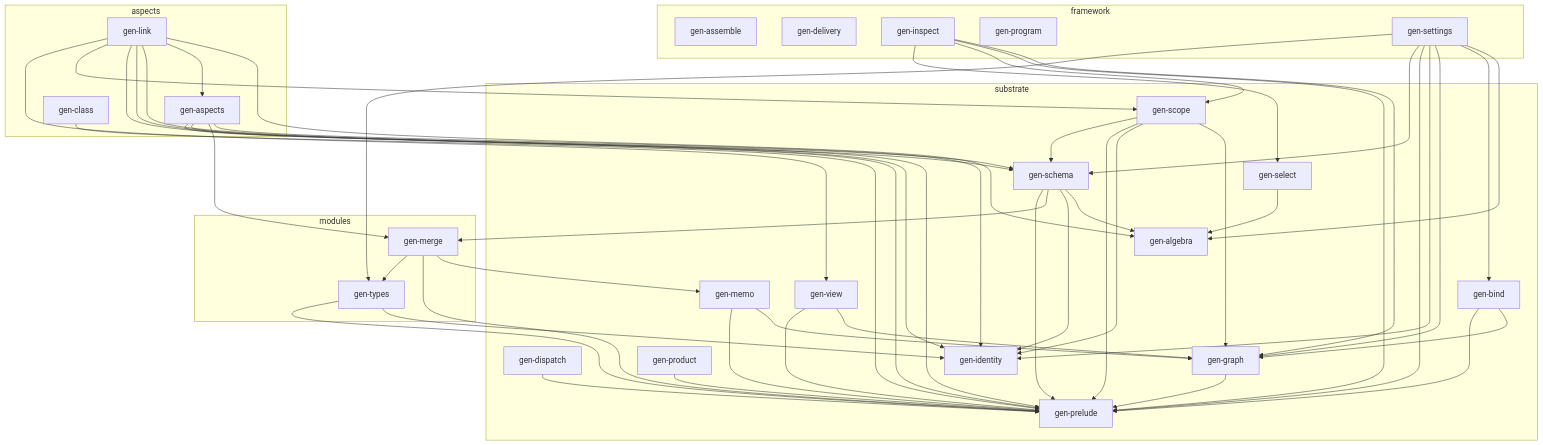
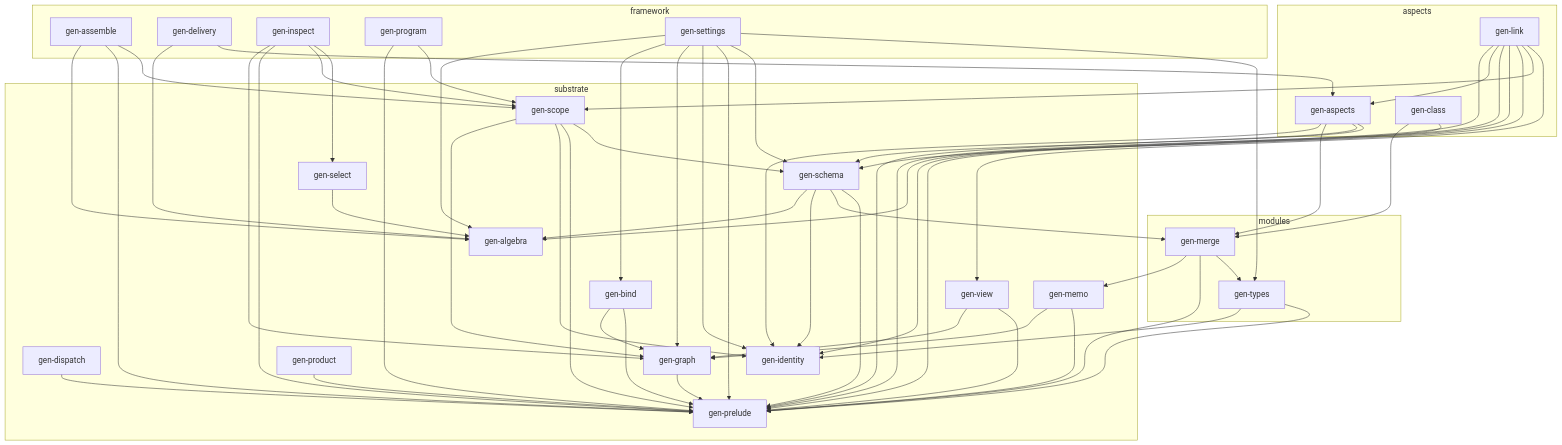
Before and after one commit to sini/gen: the first of 4 diagrams in ARCHITECTURE.md, drawn with Mermaid. The commit also changed 2 other files, not shown here.

Commit message:
relock: full update on both locks, catch up the library graph
nix flake update on the root and ci locks (gen-merge f9933e4f -> 8daa25de
among ~20 moved nodes) surfaces eight declared root-input edges from the
Arm A landings (gen-assemble, gen-delivery, gen-program, gen-class) that
the ARCHITECTURE.md diagram had not caught up to. Add them so
architecture-library-graph reads the roster's actual declarations again.

```diff
--- a/ARCHITECTURE.md
+++ b/ARCHITECTURE.md
@@ -74,9 +74,15 @@
   gen_aspects --> gen_merge
   gen_aspects --> gen_prelude
   gen_aspects --> gen_schema
+  gen_assemble --> gen_algebra
+  gen_assemble --> gen_prelude
+  gen_assemble --> gen_scope
   gen_bind --> gen_graph
   gen_bind --> gen_prelude
+  gen_class --> gen_merge
   gen_class --> gen_prelude
+  gen_delivery --> gen_algebra
+  gen_delivery --> gen_aspects
   gen_dispatch --> gen_prelude
   gen_graph --> gen_prelude
   gen_inspect --> gen_graph
@@ -96,6 +102,8 @@
   gen_merge --> gen_prelude
   gen_merge --> gen_types
   gen_product --> gen_prelude
+  gen_program --> gen_prelude
+  gen_program --> gen_scope
   gen_schema --> gen_algebra
   gen_schema --> gen_identity
   gen_schema --> gen_merge
```
